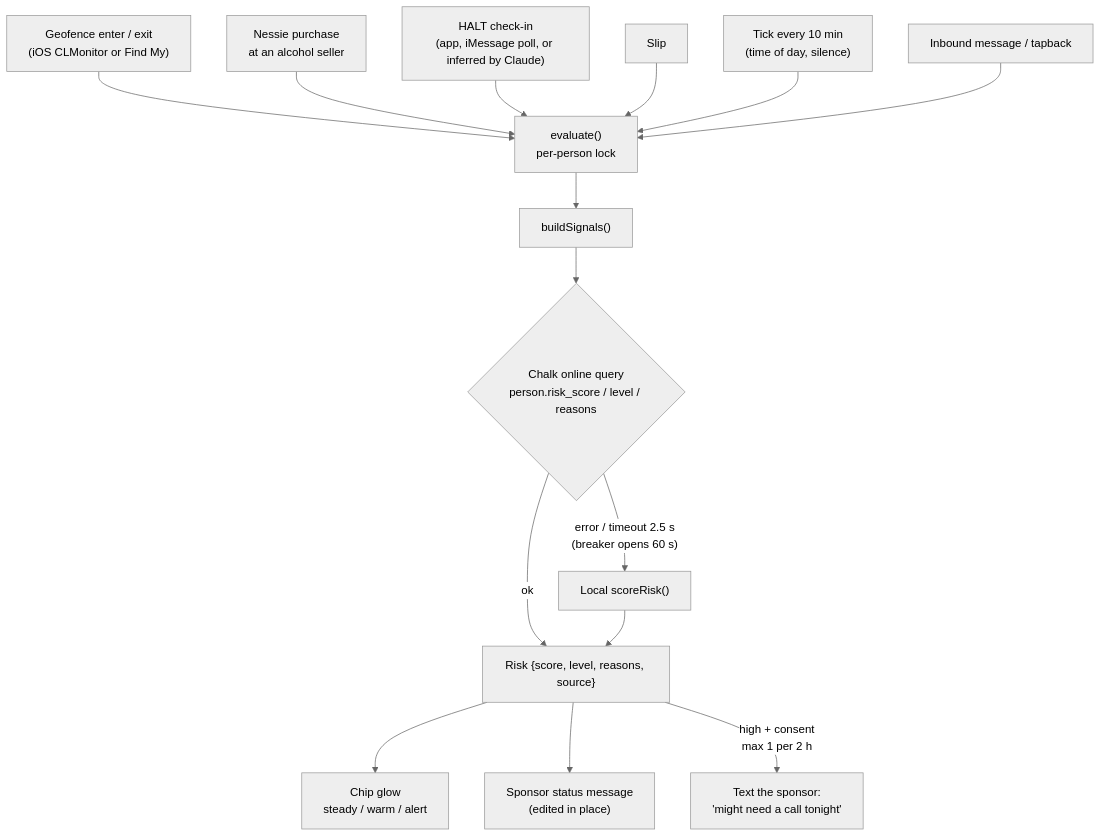
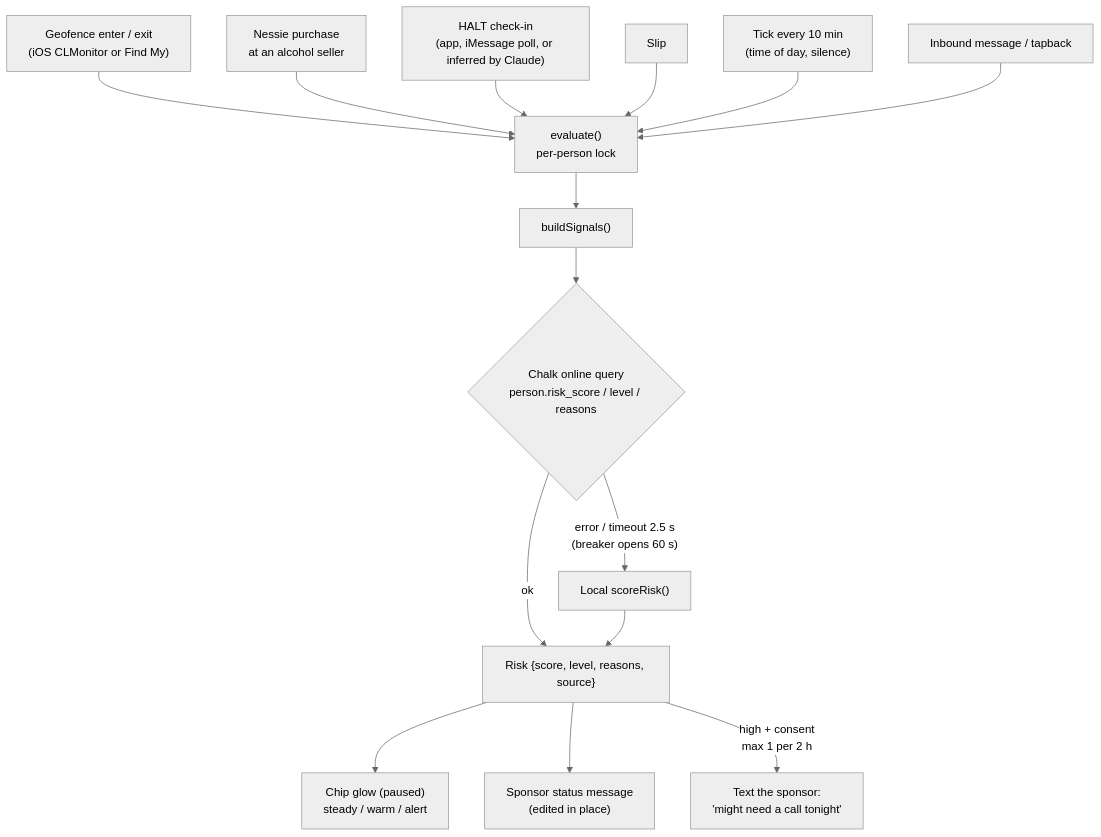
The third of 12 diagrams in docs/ARCHITECTURE.md (kushmirchandani/andi), drawn with Mermaid (neutral theme) before and after one commit. The commit also changed other lines of this file and 113 other files, not shown here.

````diff
--- a/docs/ARCHITECTURE.md
+++ b/docs/ARCHITECTURE.md
@@ -115,16 +114,16 @@
 ```mermaid
 flowchart TB
   G["Geofence enter / exit<br/>(iOS CLMonitor or Find My)"] --> E
   N["Nessie purchase<br/>at an alcohol seller"] --> E
   C["HALT check-in<br/>(app, iMessage poll, or inferred by Claude)"] --> E
   S["Slip"] --> E
   T["Tick every 10 min<br/>(time of day, silence)"] --> E
   M["Inbound message / tapback"] --> E
   E["evaluate()<br/>per-person lock"] --> SIG["buildSignals()"]
   SIG --> CH{"Chalk online query<br/>person.risk_score / level / reasons"}
   CH -- "ok" --> R["Risk {score, level, reasons, source}"]
   CH -- "error / timeout 2.5 s<br/>(breaker opens 60 s)" --> L["Local scoreRisk()"] --> R
-  R --> CHIP["Chip glow<br/>steady / warm / alert"]
+  R --> CHIP["Chip glow (paused)<br/>steady / warm / alert"]
   R --> STAT["Sponsor status message<br/>(edited in place)"]
   R -- "high + consent<br/>max 1 per 2 h" --> ALERT["Text the sponsor:<br/>'might need a call tonight'"]
 ```
````
